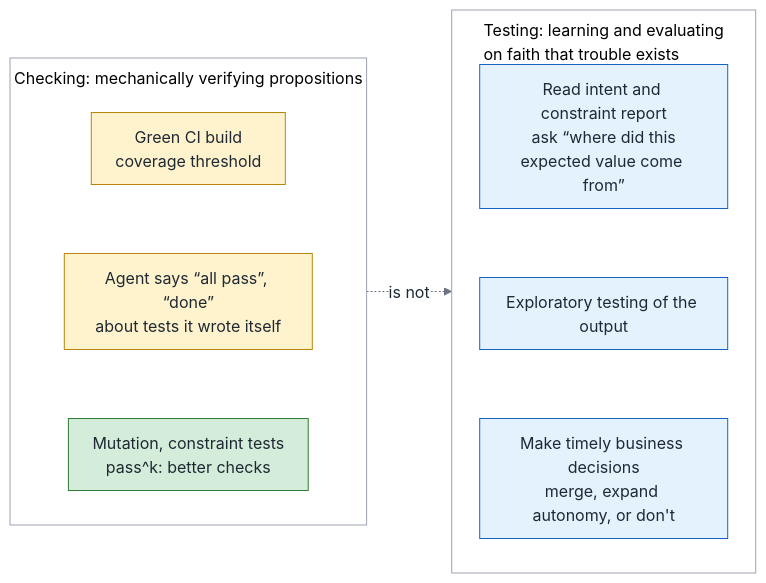
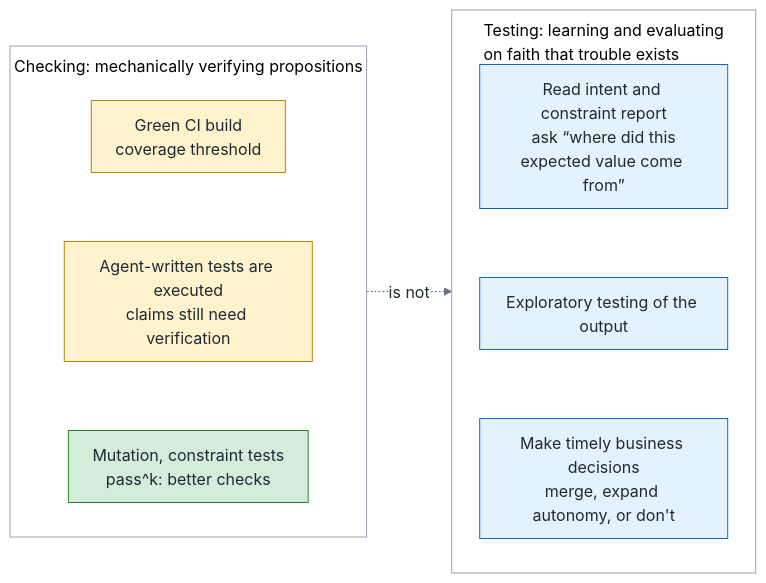
Before and after one commit to fantasybz/medium-articles: the first of 10 diagrams in 2026-10-green-overview/article.en.md, drawn with Mermaid. The commit also changed other lines of this file and 93 other files, not shown here.

````diff
--- a/2026-10-green-overview/article.en.md
+++ b/2026-10-green-overview/article.en.md
@@ -75,45 +75,45 @@
 ```mermaid
 ---
 config:
   theme: base
   themeVariables:
     fontSize: 16px
     primaryColor: "#f8f9fa"
     primaryTextColor: "#1f2933"
     primaryBorderColor: "#6b7280"
     lineColor: "#6b7280"
     secondaryColor: "#f8f9fa"
     tertiaryColor: "#ffffff"
     clusterBkg: "#ffffff"
     clusterBorder: "#9ca3af"
     edgeLabelBackground: "#ffffff"
   flowchart:
     nodeSpacing: 36
     rankSpacing: 44
     padding: 12
     htmlLabels: true
     subGraphTitleMargin:
       top: 8
       bottom: 12
     curve: basis
 ---
 flowchart LR
     classDef own fill:#d4edda,stroke:#2e7d32,color:#1f2933
     classDef buy fill:#fff3cd,stroke:#b8860b,color:#1f2933
     classDef bad fill:#ffe0e0,stroke:#c0392b,color:#1f2933
     classDef human fill:#e3f2fd,stroke:#1565c0,color:#1f2933
     subgraph chk["Checking: mechanically verifying propositions"]
         direction TB
-        C1["Green CI build<br/>coverage threshold"] ~~~ C2["Agent says “all pass”, “done”<br/>about tests it wrote itself"]
+        C1["Green CI build<br/>coverage threshold"] ~~~ C2["Agent-written tests are executed<br/>claims still need verification"]
         C2 ~~~ C3["Mutation, constraint tests<br/>pass^k: better checks"]
     end
     subgraph tst["Testing: learning and evaluating<br/>on faith that trouble exists"]
         direction TB
         T1["Read intent and constraint report<br/>ask “where did this<br/>expected value come from”"] ~~~ T2["Exploratory testing of the output"]
         T2 ~~~ T3["Make timely business decisions<br/>merge, expand autonomy, or don't"]
     end
     chk -.->|is not| tst
     class C1,C2 buy
     class C3 own
     class T1,T2,T3 human
 ```
````
